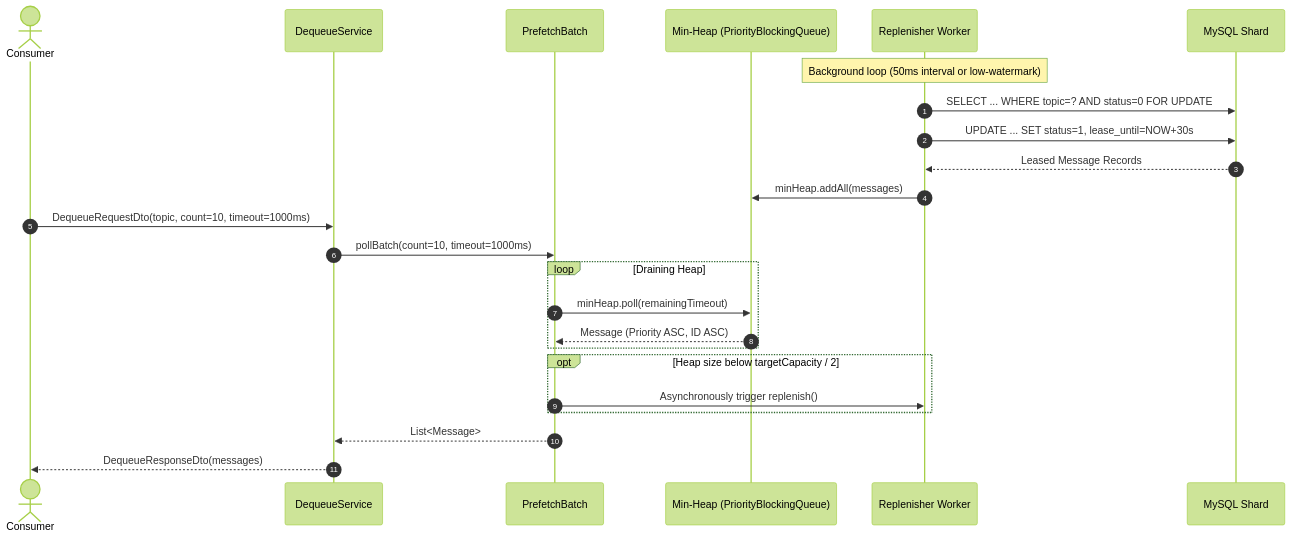
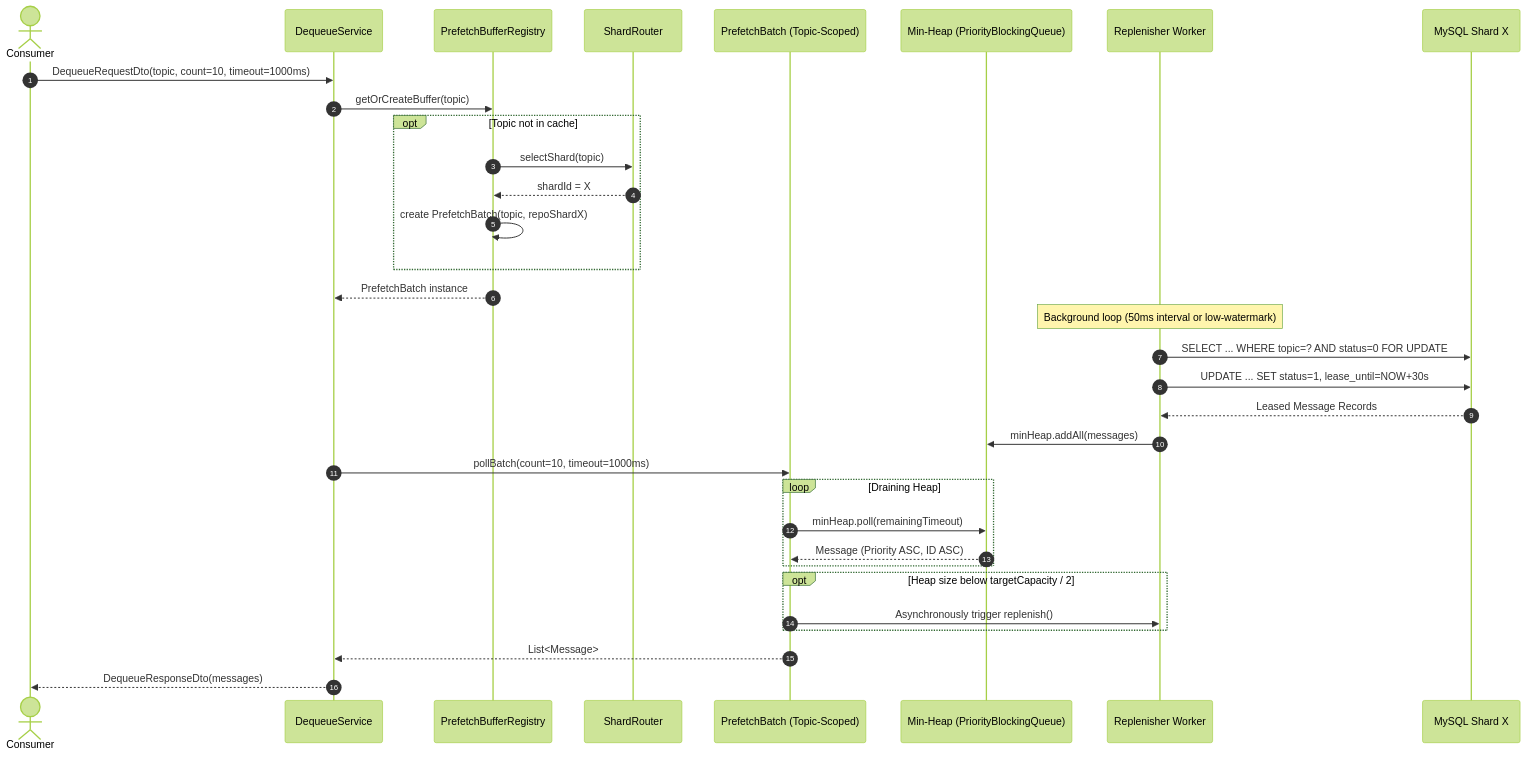
The sixth of 9 diagrams in DOCS.md (KhaiHust/FOQS), drawn with Mermaid (forest theme) before and after one commit. The commit also changed other lines of this file and 20 other files, not shown here.

Commit message:
feat(core): implement consistent hashing shard router and scatter-gather ACK/NACK

````diff
--- a/DOCS.md
+++ b/DOCS.md
@@ -377,31 +473,41 @@
 ```mermaid
 sequenceDiagram
     autonumber
     actor Consumer
     participant DS as DequeueService
-    participant PB as PrefetchBatch
+    participant Reg as PrefetchBufferRegistry
+    participant SR as ShardRouter
+    participant PB as PrefetchBatch (Topic-Scoped)
     participant Heap as Min-Heap (PriorityBlockingQueue)
     participant Worker as Replenisher Worker
-    participant DB as MySQL Shard
+    participant DB as MySQL Shard X
 
+    Consumer->>DS: DequeueRequestDto(topic, count=10, timeout=1000ms)
+    DS->>Reg: getOrCreateBuffer(topic)
+    opt Topic not in cache
+        Reg->>SR: selectShard(topic)
+        SR-->>Reg: shardId = X
+        Reg->>Reg: create PrefetchBatch(topic, repoShardX)
+    end
+    Reg-->>DS: PrefetchBatch instance
+    
     Note over Worker: Background loop (50ms interval or low-watermark)
     Worker->>DB: SELECT ... WHERE topic=? AND status=0 FOR UPDATE
     Worker->>DB: UPDATE ... SET status=1, lease_until=NOW+30s
     DB-->>Worker: Leased Message Records
     Worker->>Heap: minHeap.addAll(messages)
 
-    Consumer->>DS: DequeueRequestDto(topic, count=10, timeout=1000ms)
     DS->>PB: pollBatch(count=10, timeout=1000ms)
     
     loop Draining Heap
         PB->>Heap: minHeap.poll(remainingTimeout)
         Heap-->>PB: Message (Priority ASC, ID ASC)
     end
     
     opt Heap size below targetCapacity / 2
         PB->>Worker: Asynchronously trigger replenish()
     end
     
     PB-->>DS: List<Message>
     DS-->>Consumer: DequeueResponseDto(messages)
 ```
````
